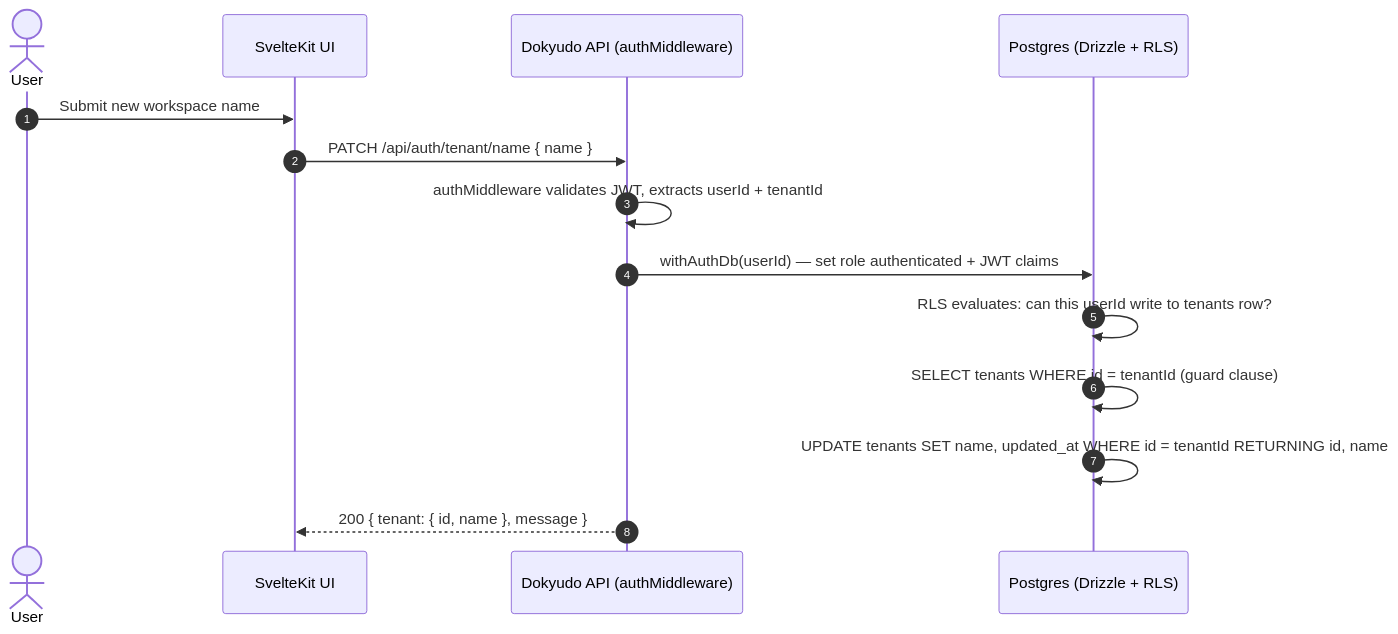
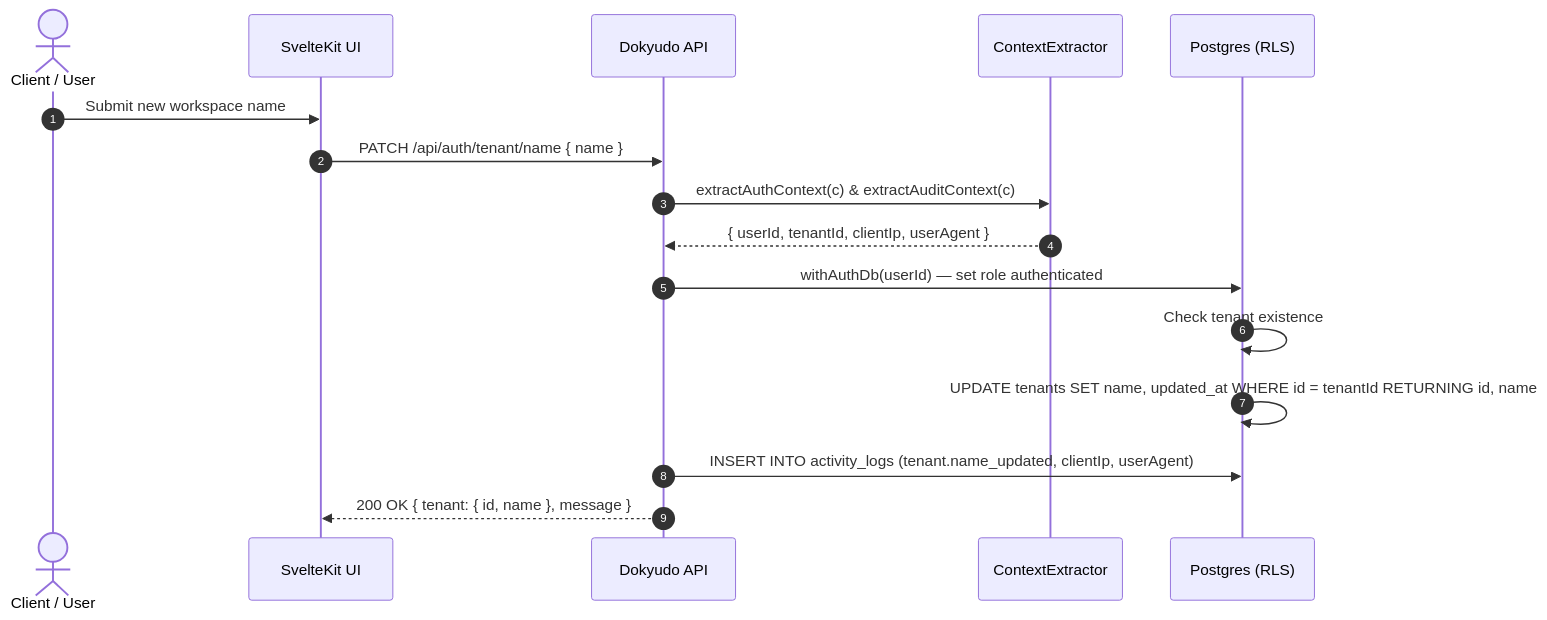
Before and after one commit to kanzhamada/Dokyudo: the diagram in docs/features/update-tenant-name.md, drawn with Mermaid. The commit also changed other lines of this file and 2 other files, not shown here.

First line of the commit message:
Add audit logging for workspace and payment events

````diff
--- a/docs/features/update-tenant-name.md
+++ b/docs/features/update-tenant-name.md
@@ -13,19 +15,21 @@
 ```mermaid
 sequenceDiagram
     autonumber
-    actor User
+    actor User as Client / User
     participant Frontend as SvelteKit UI
-    participant Backend as Dokyudo API (authMiddleware)
-    participant DB as Postgres (Drizzle + RLS)
+    participant Backend as Dokyudo API
+    participant Extractor as ContextExtractor
+    participant DB as Postgres (RLS)
 
     User->>Frontend: Submit new workspace name
     Frontend->>Backend: PATCH /api/auth/tenant/name { name }
-    Backend->>Backend: authMiddleware validates JWT, extracts userId + tenantId
+    Backend->>Extractor: extractAuthContext(c) & extractAuditContext(c)
+    Extractor-->>Backend: { userId, tenantId, clientIp, userAgent }
 
-    Backend->>DB: withAuthDb(userId) — set role authenticated + JWT claims
-    DB->>DB: RLS evaluates: can this userId write to tenants row?
-    DB->>DB: SELECT tenants WHERE id = tenantId (guard clause)
+    Backend->>DB: withAuthDb(userId) — set role authenticated
+    DB->>DB: Check tenant existence
     DB->>DB: UPDATE tenants SET name, updated_at WHERE id = tenantId RETURNING id, name
+    Backend->>DB: INSERT INTO activity_logs (tenant.name_updated, clientIp, userAgent)
 
-    Backend-->>Frontend: 200 { tenant: { id, name }, message }
+    Backend-->>Frontend: 200 OK { tenant: { id, name }, message }
 ```
````
